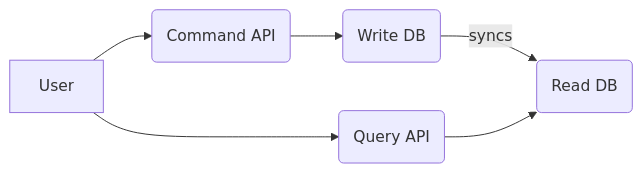
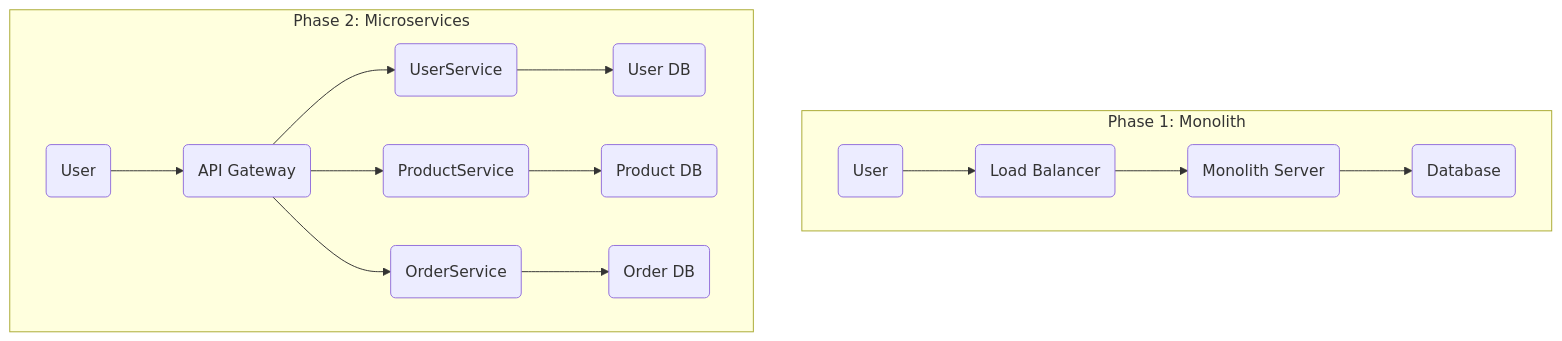
The sixth of 6 diagrams in java-notes/12-System-Design-with-Java/README.md (abhinandanpawar/Learning), drawn with Mermaid before and after one commit. The commit also changed other lines of this file and 9 other files, not shown here.

````diff
--- a/java-notes/12-System-Design-with-Java/README.md
+++ b/java-notes/12-System-Design-with-Java/README.md
@@ -196,6 +145,17 @@
 ```mermaid
-graph LR
-    User --> CommandAPI(Command API) --> WriteModel(Write DB)
-    WriteModel -- syncs --> ReadModel(Read DB)
-    User --> QueryAPI(Query API) --> ReadModel
+graph TD
+    subgraph "Phase 1: Monolith"
+        direction LR
+        U1(User) --> LB1(Load Balancer)
+        LB1 --> S1(Monolith Server)
+        S1 --> DB1(Database)
+    end
+
+    subgraph "Phase 2: Microservices"
+        direction LR
+        U2(User) --> LB2(API Gateway)
+        LB2 --> US(UserService) --> UDB(User DB)
+        LB2 --> PS(ProductService) --> PDB(Product DB)
+        LB2 --> OS(OrderService) --> ODB(Order DB)
+    end
 ```
````
